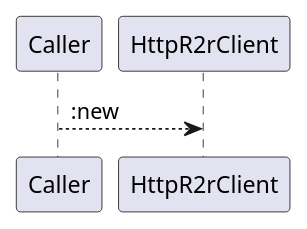
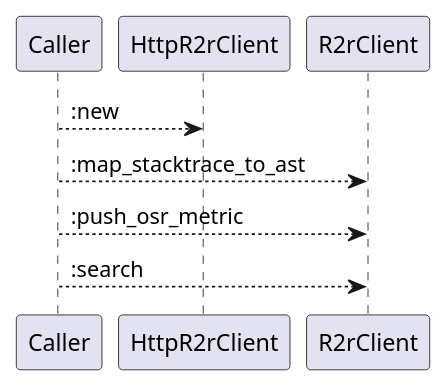
One commit to lgcorzo/rust_CACD_autonomous_factory changed the fifth of 6 diagrams in openwiki/crates_factory_infrastructure_src_r2r.md. Above: the diagram before and after it, drawn with PlantUML. The commit also changed other lines of this file and 96 other files, not shown here.

````diff
--- a/openwiki/crates_factory_infrastructure_src_r2r.md
+++ b/openwiki/crates_factory_infrastructure_src_r2r.md
@@ -169,6 +260,9 @@
 ```plantuml
 @startuml
 Caller --> HttpR2rClient::new
+Caller --> R2rClient::map_stacktrace_to_ast
+Caller --> R2rClient::push_osr_metric
+Caller --> R2rClient::search
 @enduml
 
 ```
````
